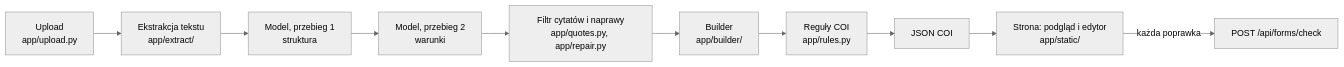
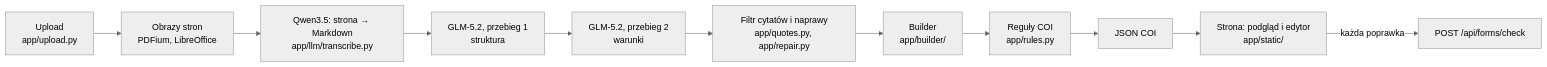
One commit to Pawel-Kica/coi-formularze changed the first of 4 diagrams in README.md. Above: the diagram before and after it, drawn with Mermaid (neutral theme). The commit also changed other lines of this file and 1 other file, not shown here.

````diff
--- a/README.md
+++ b/README.md
@@ -40,12 +39,13 @@
 ```mermaid
 flowchart LR
-  U["Upload<br/>app/upload.py"] --> E["Ekstrakcja tekstu<br/>app/extract/"]
-  E --> P1["Model, przebieg 1<br/>struktura"]
-  P1 --> P2["Model, przebieg 2<br/>warunki"]
+  U["Upload<br/>app/upload.py"] --> I["Obrazy stron<br/>PDFium, LibreOffice"]
+  I --> T["Qwen3.5: strona → Markdown<br/>app/llm/transcribe.py"]
+  T --> P1["GLM-5.2, przebieg 1<br/>struktura"]
+  P1 --> P2["GLM-5.2, przebieg 2<br/>warunki"]
   P2 --> Q["Filtr cytatów i naprawy<br/>app/quotes.py, app/repair.py"]
   Q --> B["Builder<br/>app/builder/"]
   B --> R["Reguły COI<br/>app/rules.py"]
   R --> J["JSON COI"]
   J --> S["Strona: podgląd i edytor<br/>app/static/"]
   S -- "każda poprawka" --> C["POST /api/forms/check"]
 ```
````
